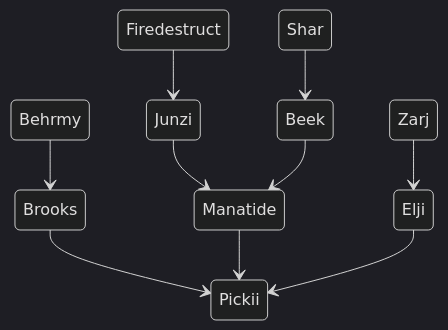
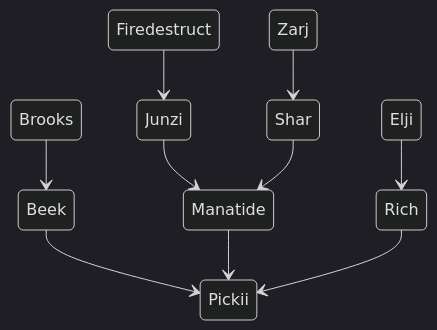
One commit to leemWF/READMEVault changed the fourth of 10 diagrams in wepulled/swp/README.md. Above: the diagram before and after it, drawn with Mermaid (dark theme). The commit also changed other lines of this file, not shown here.

````diff
--- a/wepulled/swp/README.md
+++ b/wepulled/swp/README.md
@@ -68,23 +86,23 @@
 ```mermaid
 stateDiagram-v2
     t2: Pickii
-    h4: Behrmy
+    h4: Beek
     h5: Manatide
     h6: Elji
     rr1: Firedestruct
-    rr2: Shar
+    rr2: Rich
     rr3: Junzi
-    rr4: Beek
+    rr4: Shar
     rr5: Brooks
     rr6: Zarj
     
-    rr5 --> t2
-    h4 --> rr5
+    rr5 --> h4
+    h4 --> t2
     h5 --> t2
-    h6 --> t2
+    h6 --> rr2
     rr1 --> rr3
-    rr2 --> rr4
+    rr2 --> t2
     rr3 --> h5
     rr4 --> h5
-    rr6 --> h6
+    rr6 --> rr4
 ```
````
